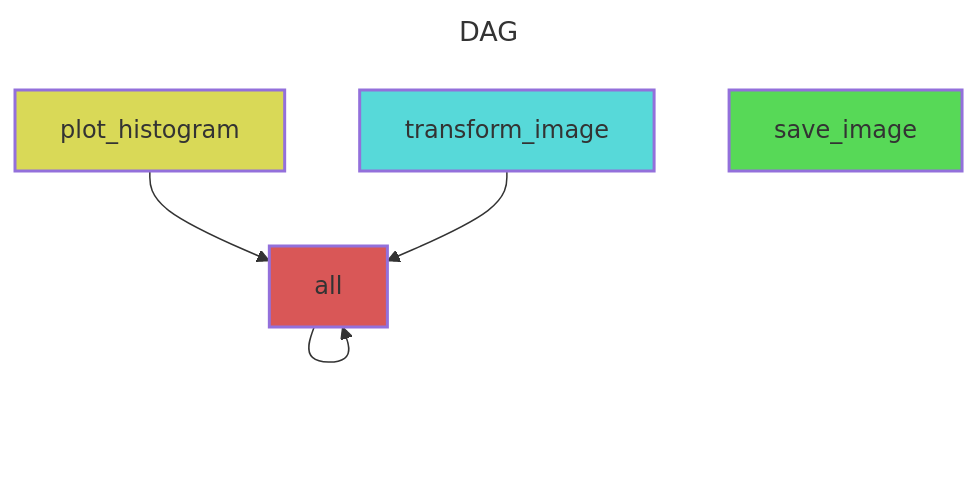
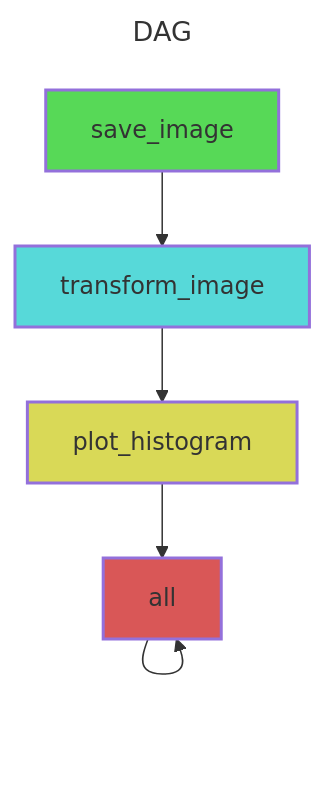
One commit to lucas-diedrich/snakemake-learning changed the diagram in README.md. Above: the diagram before and after it, drawn with Mermaid. The commit also changed other lines of this file, not shown here.

Commit message:
Update as mermaid output is incorrect

````diff
--- a/README.md
+++ b/README.md
@@ -71,17 +69,18 @@
 ```mermaid 
 ---
 title: DAG
 ---
 flowchart TB
         id0[all]
         id1[plot_histogram]
         id2[transform_image]
         id3[save_image]
         style id0 fill:#D95757,stroke-width:2px,color:#333333
         style id1 fill:#D9D957,stroke-width:2px,color:#333333
         style id2 fill:#57D9D9,stroke-width:2px,color:#333333
         style id3 fill:#57D957,stroke-width:2px,color:#333333
         id0 --> id0
         id1 --> id0
-        id2 --> id0
+        id2 --> id1
+        id3 --> id2
 ```
````
